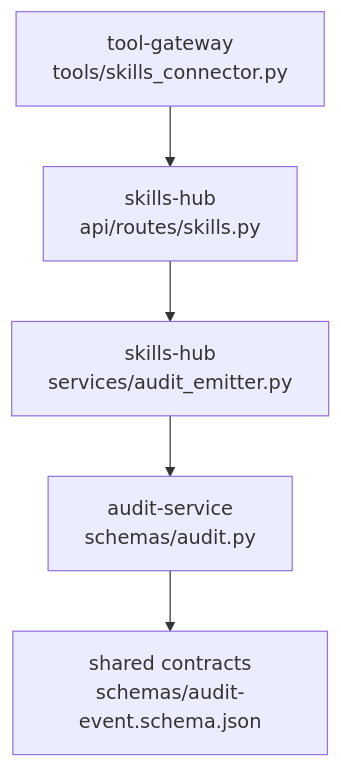
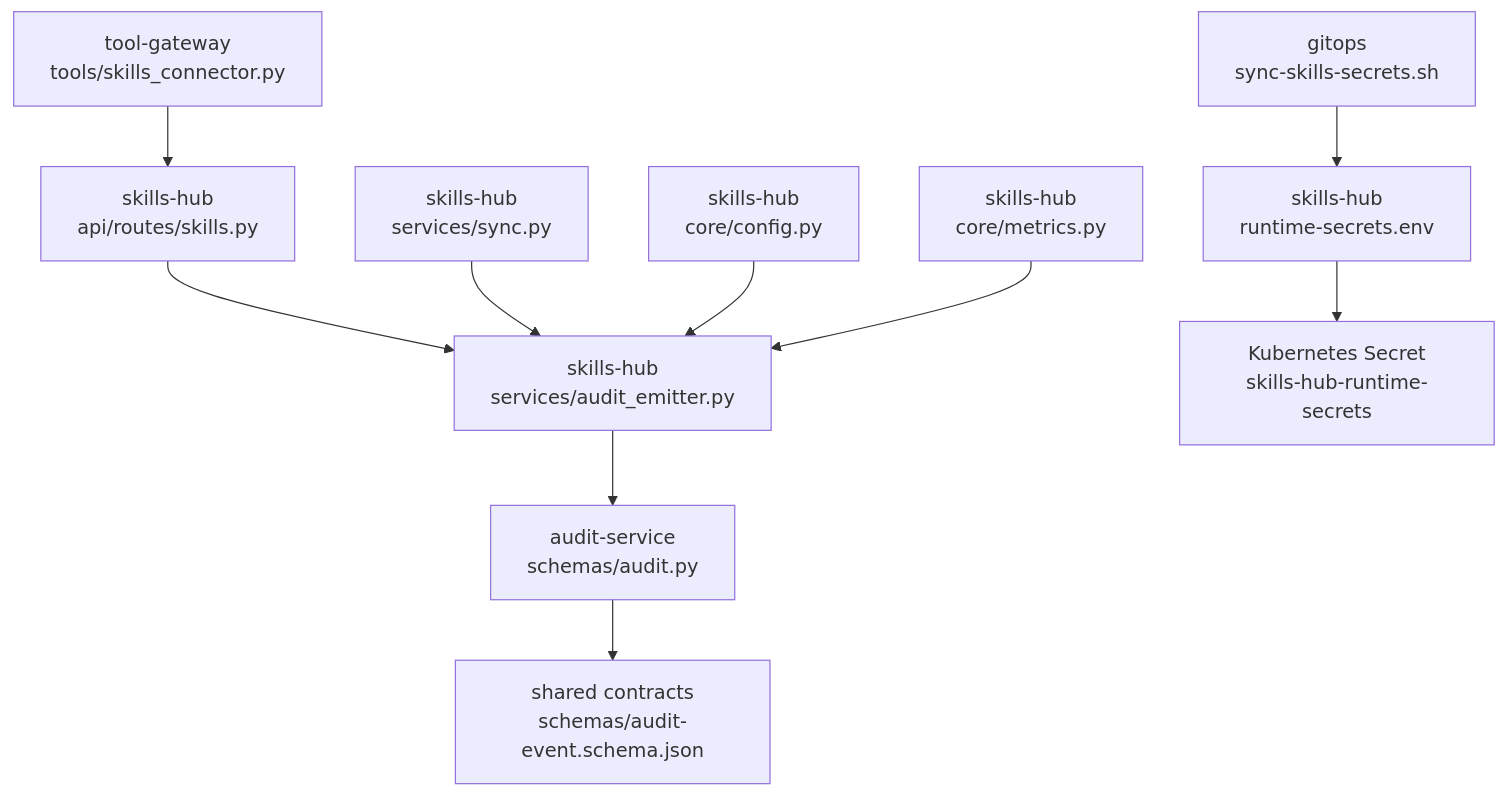
Before and after one commit to metasync/luban-aiops: the first of 7 diagrams in .qoder/repowiki/en/content/Architecture Documentation/SPEC-029_ Skills Usage Audit Trail.md, drawn with Mermaid. The commit also changed other lines of this file and 7 other files, not shown here.

````diff
--- a/.qoder/repowiki/en/content/Architecture Documentation/SPEC-029_ Skills Usage Audit Trail.md
+++ b/.qoder/repowiki/en/content/Architecture Documentation/SPEC-029_ Skills Usage Audit Trail.md
@@ -45,7 +87,12 @@
 ```mermaid
 graph TB
 A["tool-gateway<br/>tools/skills_connector.py"] --> B["skills-hub<br/>api/routes/skills.py"]
 B --> C["skills-hub<br/>services/audit_emitter.py"]
 C --> D["audit-service<br/>schemas/audit.py"]
 D --> E["shared contracts<br/>schemas/audit-event.schema.json"]
+F["skills-hub<br/>services/sync.py"] --> C
+G["skills-hub<br/>core/config.py"] --> C
+H["skills-hub<br/>core/metrics.py"] --> C
+I["gitops<br/>sync-skills-secrets.sh"] --> J["skills-hub<br/>runtime-secrets.env"]
+J --> K["Kubernetes Secret<br/>skills-hub-runtime-secrets"]
 ```
````
